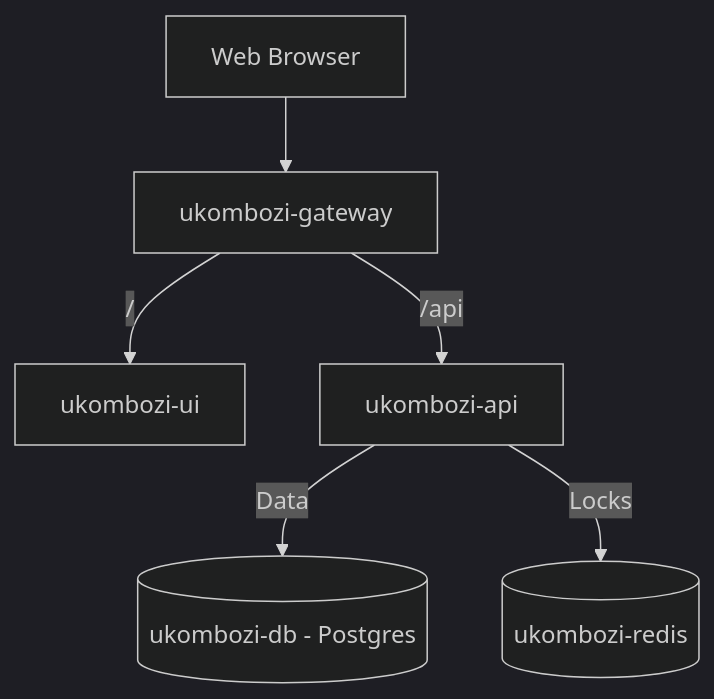
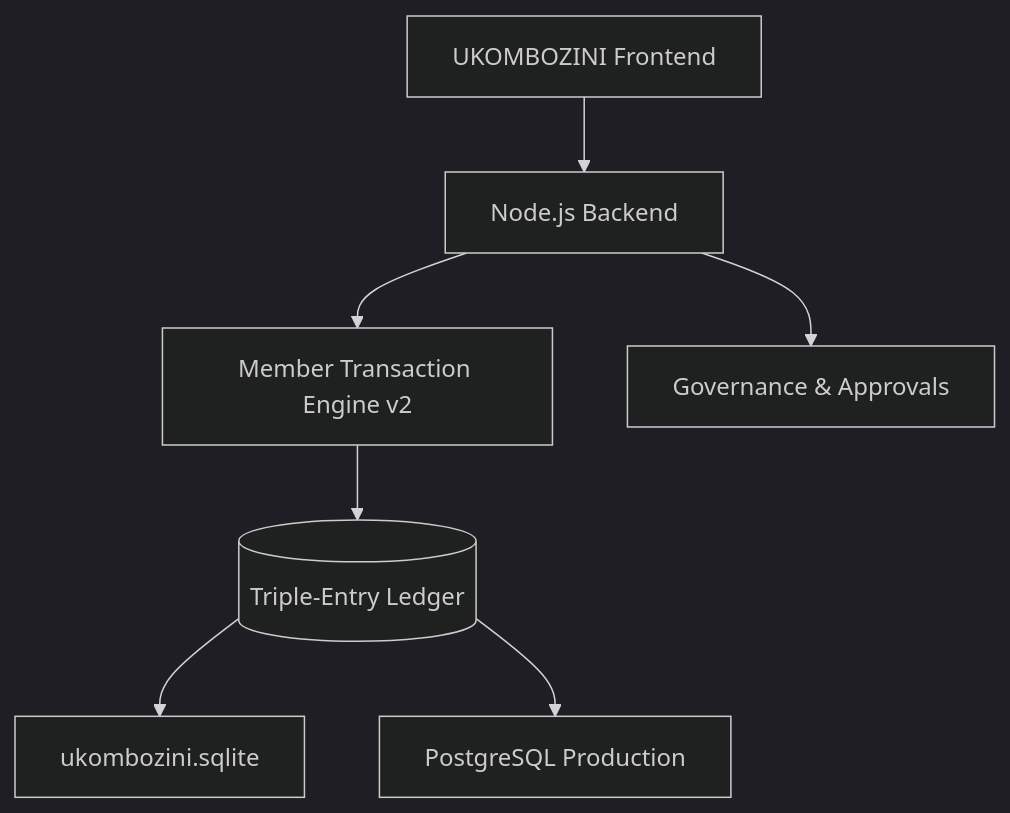
Before and after one commit to ANDREW-SIGEI/ukombozini-2026tbms: the diagram in DATABASE_ARCHITECTURE.md, drawn with Mermaid (dark theme). The commit also changed other lines of this file and 146 other files, not shown here.

````diff
--- a/DATABASE_ARCHITECTURE.md
+++ b/DATABASE_ARCHITECTURE.md
@@ -13,8 +13,9 @@
 ```mermaid
 graph TD
-    Browser[Web Browser] --> NGINX[ukombozi-gateway]
-    NGINX -- "/" --> UI[ukombozi-ui]
-    NGINX -- "/api" --> API[ukombozi-api]
-    API -- "Data" --> DB[(ukombozi-db - Postgres)]
-    API -- "Locks" --> Redis[(ukombozi-redis)]
+    UI[UKOMBOZINI Frontend] --> API[Node.js Backend]
+    API --> MTE[Member Transaction Engine v2]
+    API --> Gov[Governance & Approvals]
+    MTE --> Ledger[(Triple-Entry Ledger)]
+    Ledger --> SQLite[ukombozini.sqlite]
+    Ledger --> PG[PostgreSQL Production]
 ```
````
